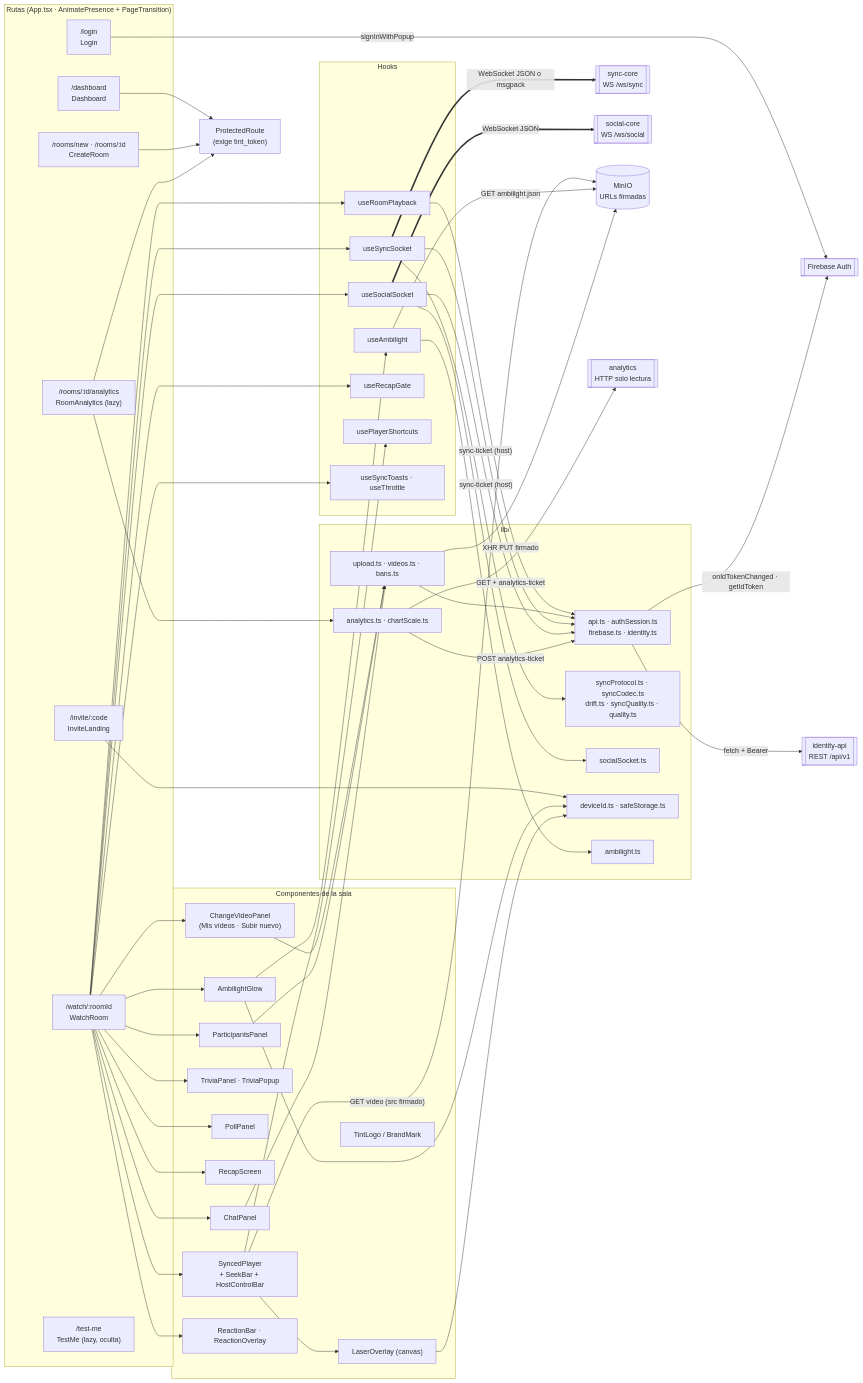
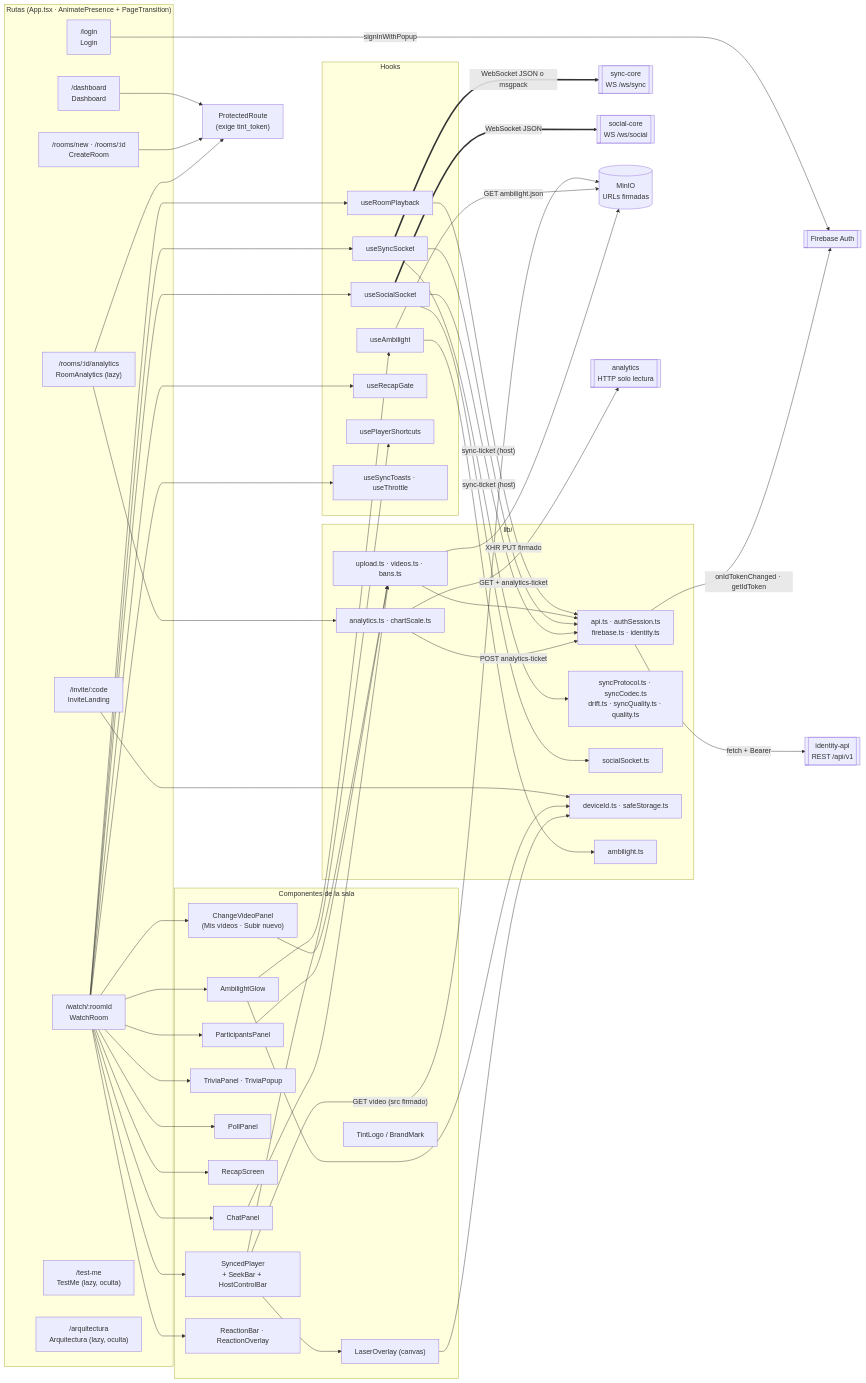
Before and after one commit to N1ghtlyC0de/TINT: the first of 11 diagrams in apps/web/README.md, drawn with Mermaid. The commit also changed other lines of this file and 11 other files, not shown here.

```diff
--- a/apps/web/README.md
+++ b/apps/web/README.md
@@ -42,6 +42,7 @@
         WATCH["/watch/:roomId<br/>WatchRoom"]
         ANALYTICS["/rooms/:id/analytics<br/>RoomAnalytics (lazy)"]
         TESTME["/test-me<br/>TestMe (lazy, oculta)"]
+        ARQ["/arquitectura<br/>Arquitectura (lazy, oculta)"]
     end
     PR["ProtectedRoute<br/>(exige tint_token)"]
 
```
